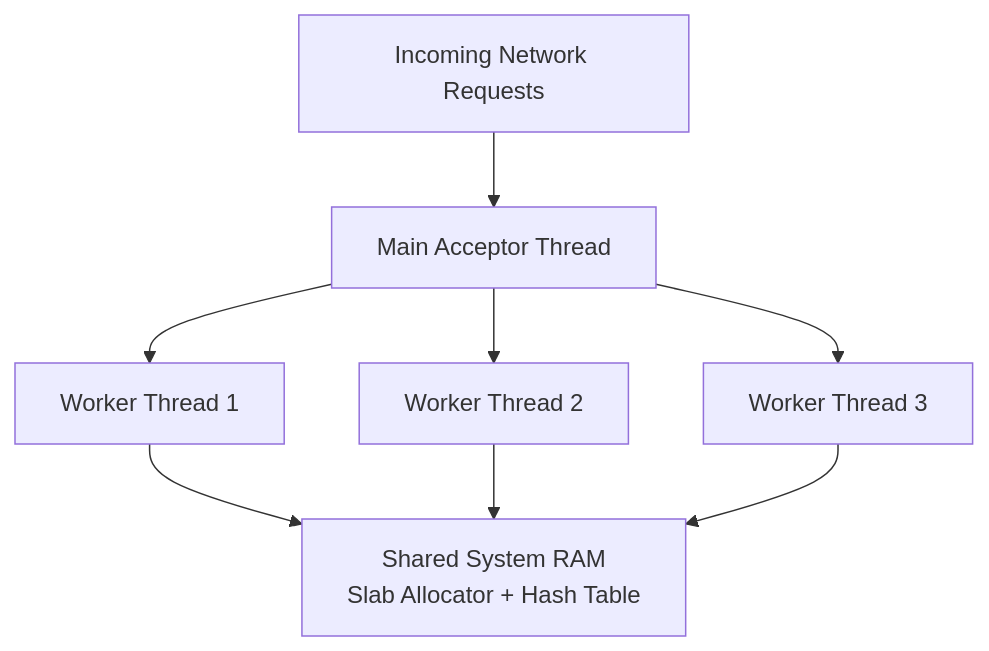
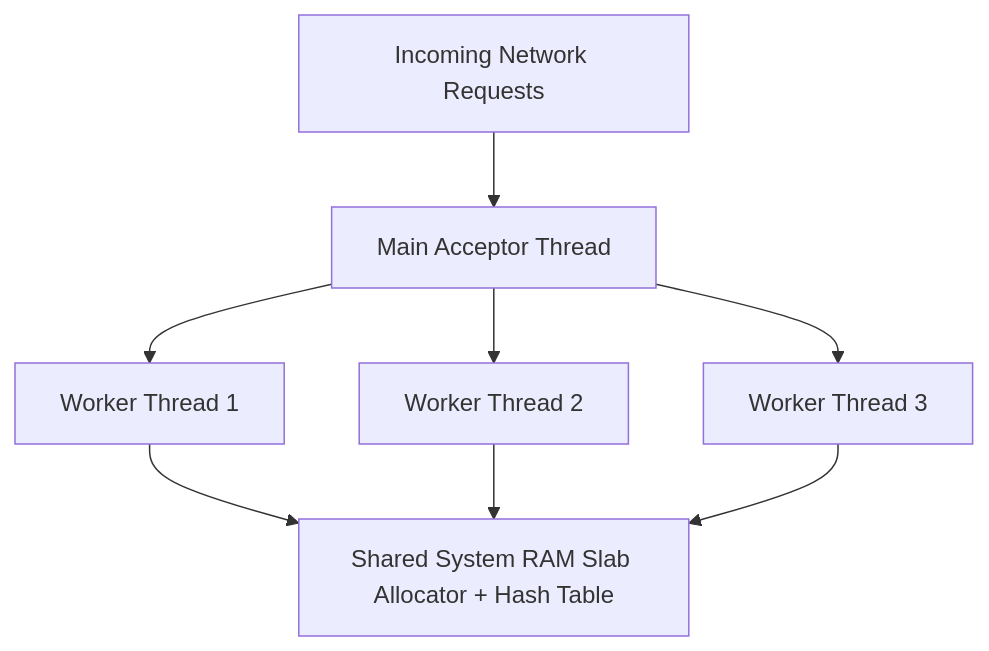
One commit to Chandra179/atlas changed the second of 8 diagrams in backend-engineering/cache.md. Above: the diagram before and after it, drawn with Mermaid. The commit also changed other lines of this file and 2 other files, not shown here.

````diff
--- a/backend-engineering/cache.md
+++ b/backend-engineering/cache.md
@@ -131,10 +131,10 @@
 ```mermaid
 flowchart TD
     NET[Incoming Network Requests] --> ACC[Main Acceptor Thread]
     ACC --> W1[Worker Thread 1]
     ACC --> W2[Worker Thread 2]
     ACC --> W3[Worker Thread 3]
-    W1 --> RAM[Shared System RAM\nSlab Allocator + Hash Table]
+    W1 --> RAM[Shared System RAM Slab Allocator + Hash Table]
     W2 --> RAM
     W3 --> RAM
 ```
````
